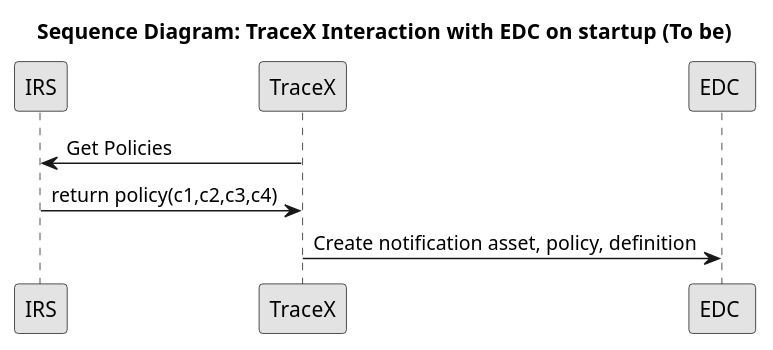
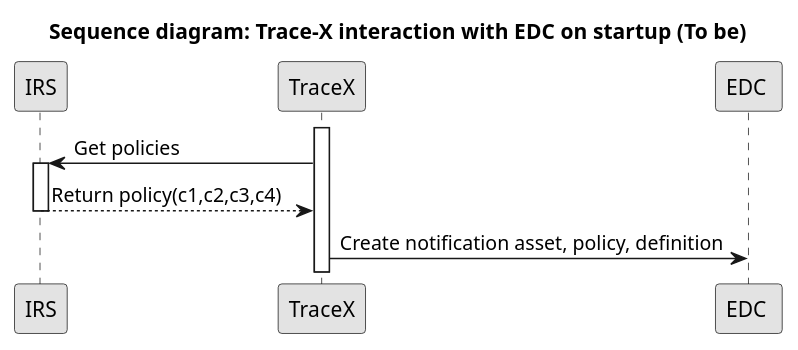
One commit to eclipse-tractusx/traceability-foss changed the third of 4 diagrams in docs/src/uml-diagrams/arc42/runtime-view/policies/policy-startup-configuration.puml. Above: the diagram before and after it, drawn with PlantUML. The commit also changed other lines of this file and 4 other files, not shown here.

```diff
--- a/docs/src/uml-diagrams/arc42/runtime-view/policies/policy-startup-configuration.puml
+++ b/docs/src/uml-diagrams/arc42/runtime-view/policies/policy-startup-configuration.puml
@@ -33,13 +41,16 @@
 @startuml
 skinparam monochrome true
 skinparam shadowing false
 skinparam defaultFontName "Architects daughter"
 
-title Sequence Diagram: TraceX Interaction with EDC on startup (To be)
+title Sequence diagram: Trace-X interaction with EDC on startup (To be)
 participant "IRS" as IRS
 participant "TraceX" as TraceX
 participant "EDC " as EDC
-TraceX -> IRS: Get Policies
-IRS -> TraceX : return policy(c1,c2,c3,c4)
-TraceX -> EDC : Create notification asset, policy, definition
+activate TraceX
+TraceX -> IRS: Get policies
+activate IRS
+IRS --> TraceX: Return policy(c1,c2,c3,c4)
+deactivate IRS
+TraceX -> EDC: Create notification asset, policy, definition
 @enduml
```
